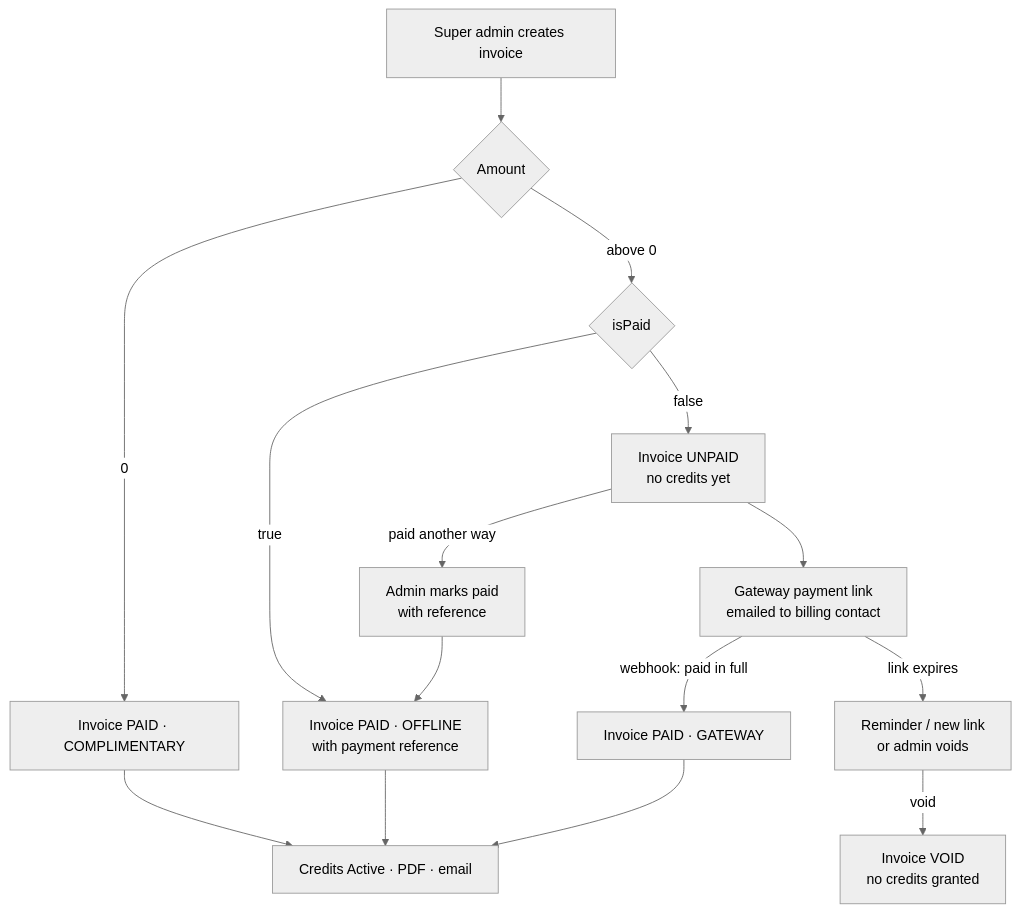
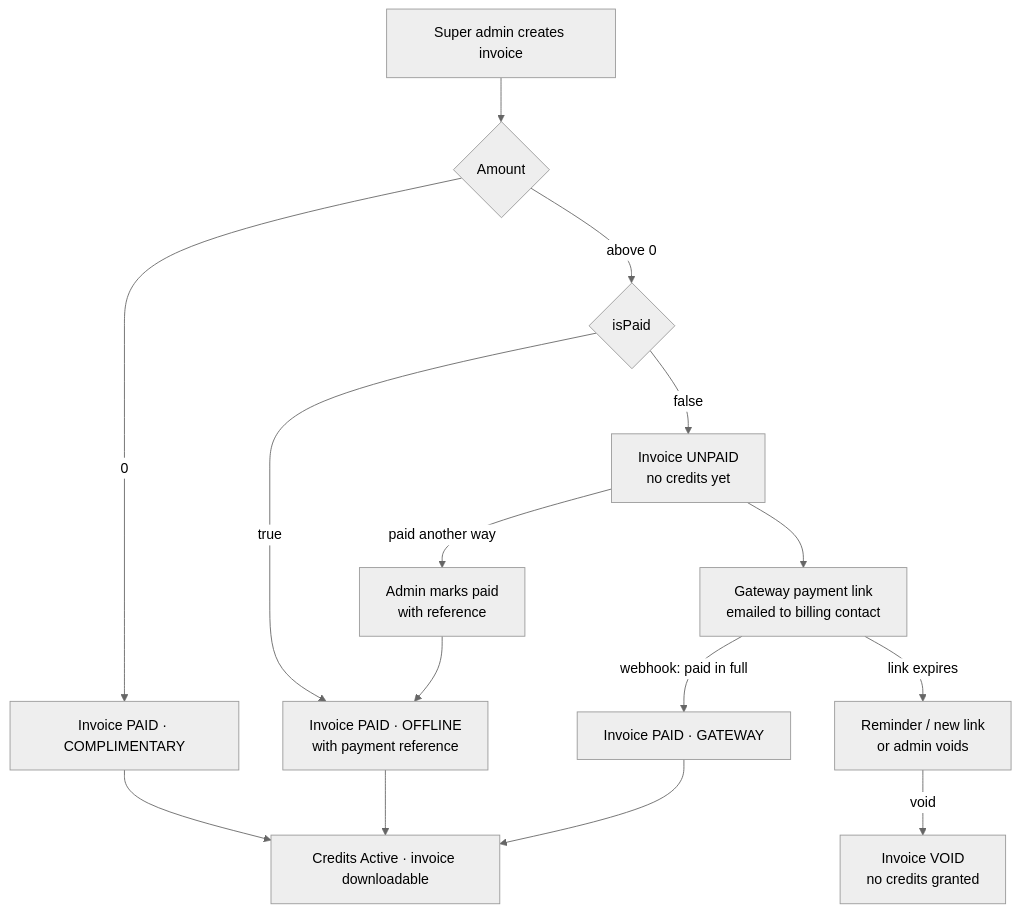
Before and after one commit to hypersign-protocol/entity-developer-dashboard-service: the fourth of 4 diagrams in docs/payment/credits-top-up-payment.md, drawn with Mermaid (neutral theme). The commit also changed other lines of this file and 25 other files, not shown here.

````diff
--- a/docs/payment/credits-top-up-payment.md
+++ b/docs/payment/credits-top-up-payment.md
@@ -939,17 +947,17 @@
 ```mermaid
 flowchart TD
   A[Super admin creates invoice] --> B{Amount}
   B -->|0| C[Invoice PAID · COMPLIMENTARY]
   B -->|above 0| D{isPaid}
   D -->|true| E[Invoice PAID · OFFLINE<br/>with payment reference]
   D -->|false| F[Invoice UNPAID<br/>no credits yet]
   F --> G[Gateway payment link<br/>emailed to billing contact]
   G -->|webhook: paid in full| H[Invoice PAID · GATEWAY]
   G -->|link expires| I[Reminder / new link<br/>or admin voids]
   F -->|paid another way| J[Admin marks paid<br/>with reference]
   J --> E
   I -->|void| K[Invoice VOID<br/>no credits granted]
-  C --> L[Credits Active · PDF · email]
+  C --> L[Credits Active · invoice downloadable]
   E --> L
   H --> L
 ```
````
